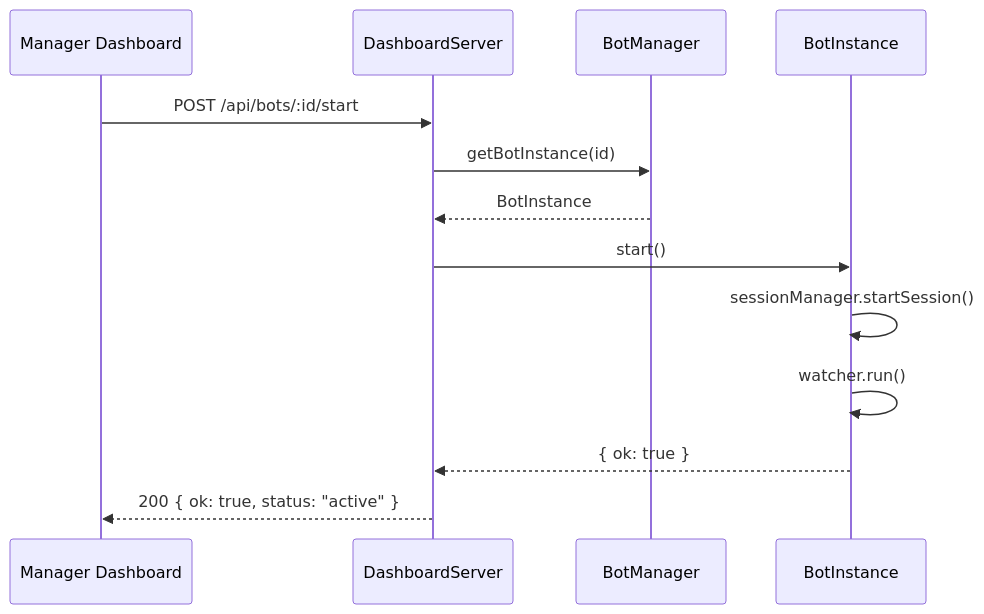
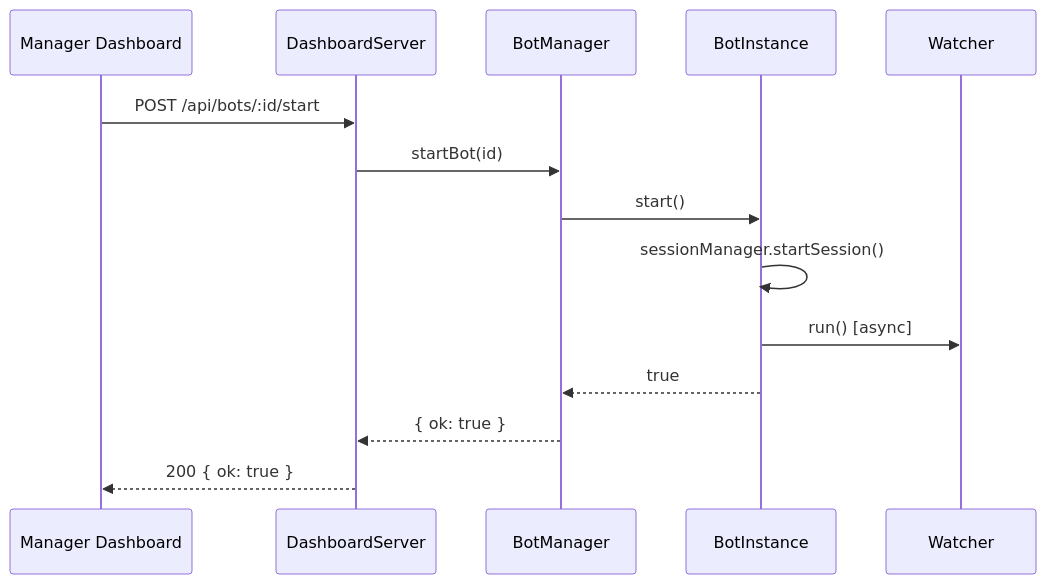
Before and after one commit to lthuangiang/apex: the third of 4 diagrams in .kiro/specs/multi-bot-manager/design.md, drawn with Mermaid. The commit also changed other lines of this file and 4 other files, not shown here.

````diff
--- a/.kiro/specs/multi-bot-manager/design.md
+++ b/.kiro/specs/multi-bot-manager/design.md
@@ -88,16 +98,17 @@
 ```mermaid
 sequenceDiagram
     participant UI as Manager Dashboard
     participant DS as DashboardServer
     participant BM as BotManager
     participant BI as BotInstance
+    participant W as Watcher
 
     UI->>DS: POST /api/bots/:id/start
-    DS->>BM: getBotInstance(id)
-    BM-->>DS: BotInstance
-    DS->>BI: start()
+    DS->>BM: startBot(id)
+    BM->>BI: start()
     BI->>BI: sessionManager.startSession()
-    BI->>BI: watcher.run()
-    BI-->>DS: { ok: true }
-    DS-->>UI: 200 { ok: true, status: "active" }
+    BI->>W: run() [async]
+    BI-->>BM: true
+    BM-->>DS: { ok: true }
+    DS-->>UI: 200 { ok: true }
 ```
````
